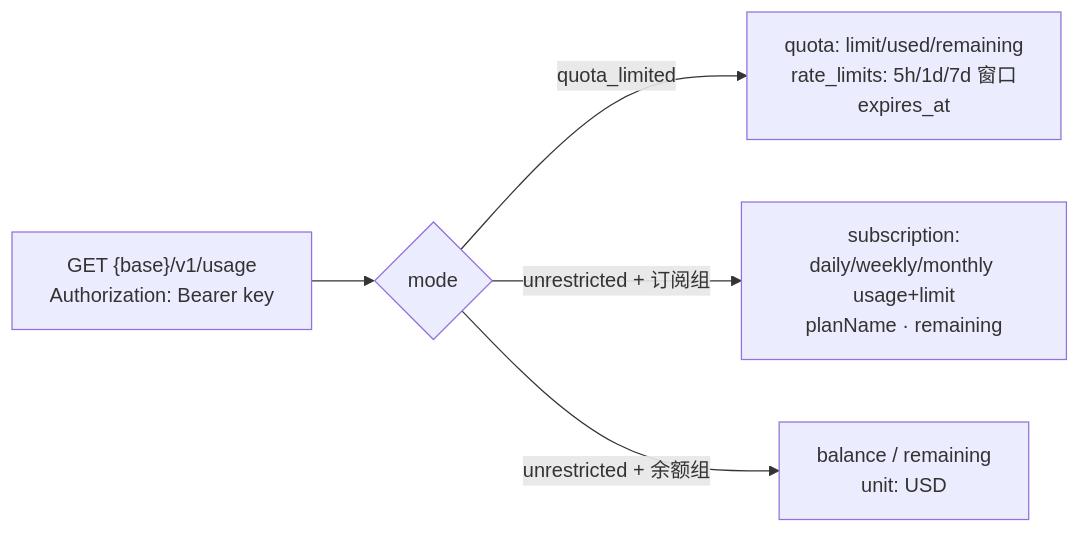
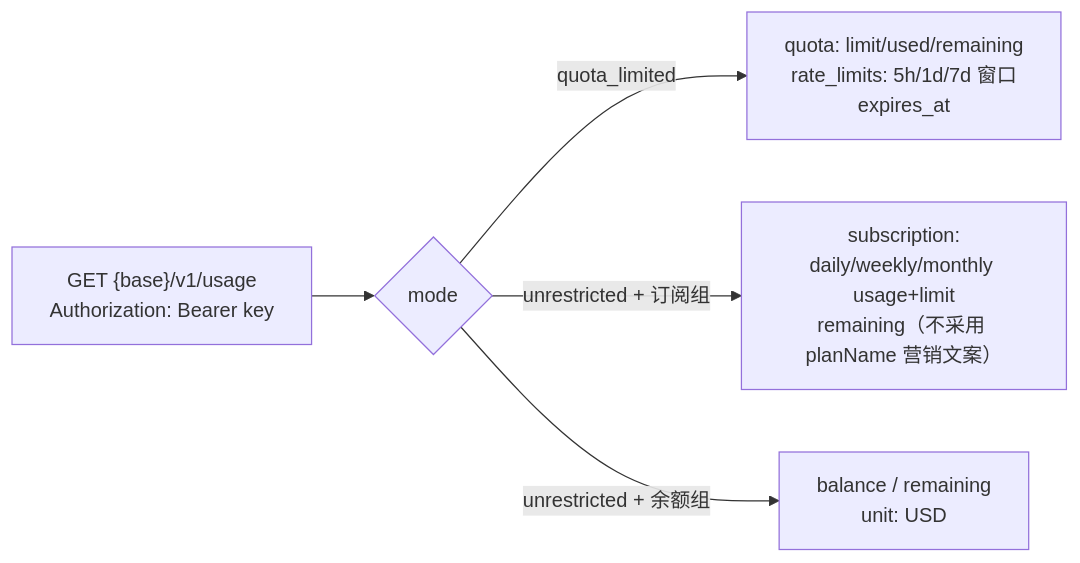
One commit to Antecer/dsh-model-usage changed the third of 5 diagrams in docs/architecture.md. Above: the diagram before and after it, drawn with Mermaid. The commit also changed other lines of this file and 8 other files, not shown here.

````diff
--- a/docs/architecture.md
+++ b/docs/architecture.md
@@ -82,7 +87,7 @@
 ```mermaid
 flowchart LR
   Req["GET {base}/v1/usage<br/>Authorization: Bearer key"] --> Mode{mode}
   Mode -->|quota_limited| Q["quota: limit/used/remaining<br/>rate_limits: 5h/1d/7d 窗口<br/>expires_at"]
-  Mode -->|"unrestricted + 订阅组"| S["subscription:<br/>daily/weekly/monthly usage+limit<br/>planName · remaining"]
+  Mode -->|"unrestricted + 订阅组"| S["subscription:<br/>daily/weekly/monthly usage+limit<br/>remaining（不采用 planName 营销文案）"]
   Mode -->|"unrestricted + 余额组"| B["balance / remaining<br/>unit: USD"]
 ```
````
